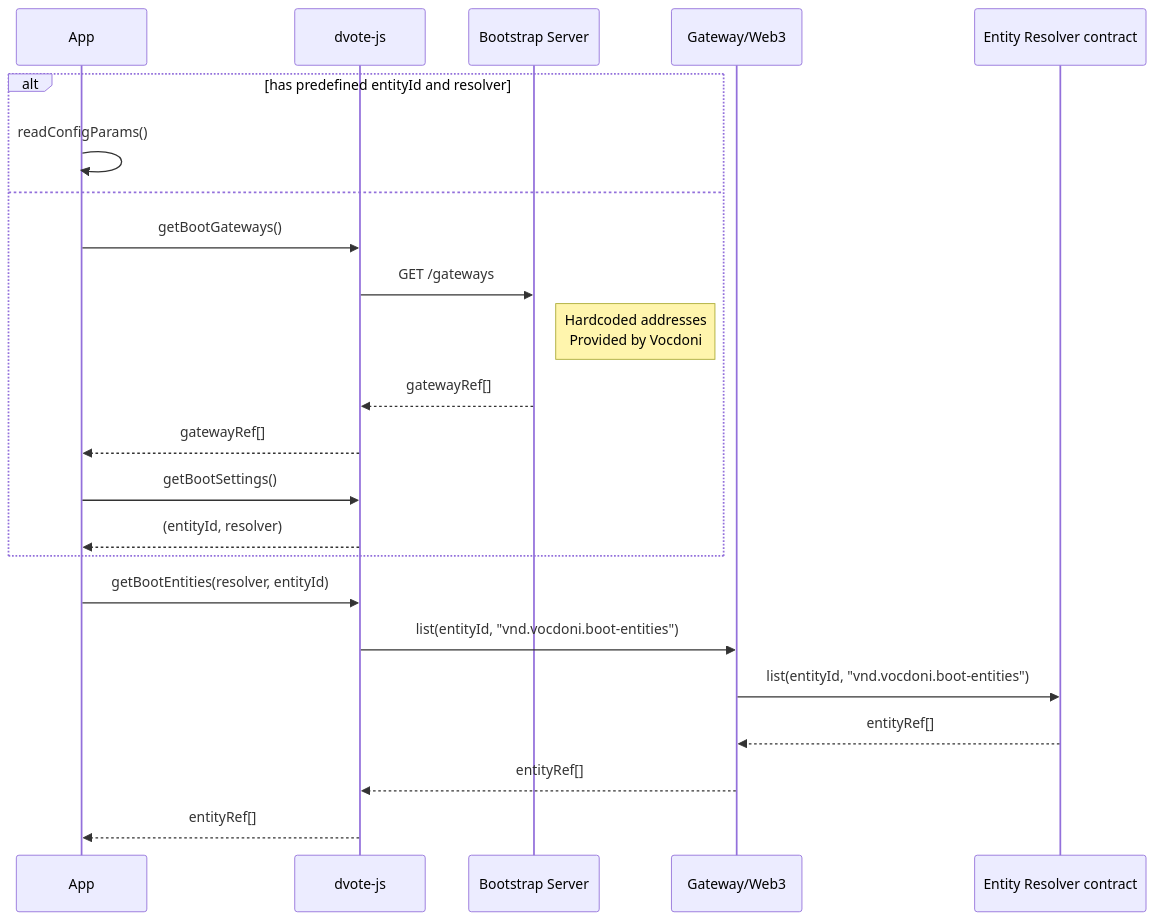
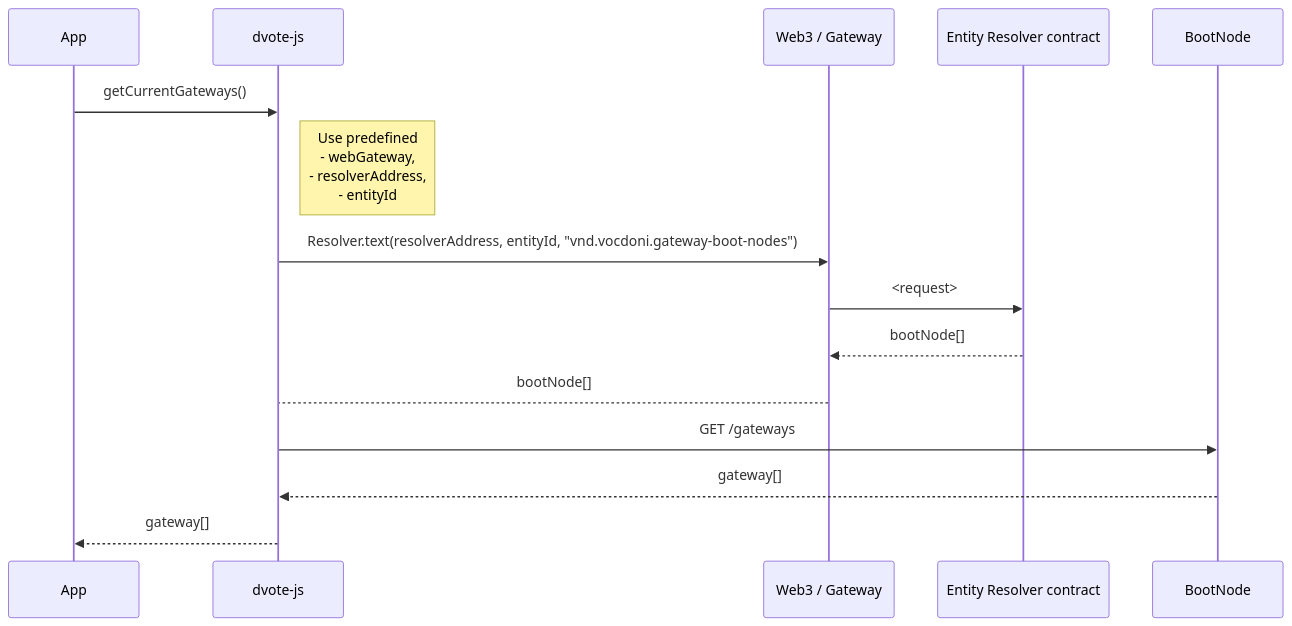
Before and after one commit to vocdoni/docs: the second of 15 diagrams in docs/architecture/sequence-diagrams.md, drawn with Mermaid. The commit also changed other lines of this file, not shown here.

Commit message:
Sequence diagram

````diff
--- a/docs/architecture/sequence-diagrams.md
+++ b/docs/architecture/sequence-diagrams.md
@@ -93,30 +93,22 @@
 ```mermaid
 
 sequenceDiagram
     participant App
     participant DV as dvote-js
-    participant BS as Bootstrap Server
-    participant GW as Gateway/Web3
+    participant GW as Web3 / Gateway
     participant ER as Entity Resolver contract
+    participant BN as BootNode
 
-    alt has predefined entityId and resolver
-        App->>App: readConfigParams()
-    else
-        App->>DV: getBootGateways()
-        DV->>BS: GET /gateways
-        note right of BS: Hardcoded addresses<br/>Provided by Vocdoni
-        BS-->>DV: gatewayRef[]
-        DV-->>App: gatewayRef[]
+    App->>DV: getCurrentGateways()
 
-        App->>DV: getBootSettings()
-        DV-->>App: (entityId, resolver)
-    end
+        Note right of DV: Use predefined<br/>- webGateway,<br/>- resolverAddress,<br/>- entityId
 
-    App->>DV: getBootEntities(resolver, entityId)
-        DV->>GW: list(entityId, "vnd.vocdoni.boot-entities")
-            GW->>ER: list(entityId, "vnd.vocdoni.boot-entities")
-            ER-->>GW: entityRef[]
-        GW-->>DV: entityRef[]
-    DV-->>App:  entityRef[]
-
+        DV->>GW: Resolver.text(resolverAddress, entityId, "vnd.vocdoni.gateway-boot-nodes")
+            GW->>ER: <request>
+            ER-->>GW: bootNode[]
+        GW-->DV: bootNode[]
+    
+        DV->>BN: GET /gateways
+        BN-->>DV: gateway[]
+    DV-->>App: gateway[]
 ```
````
